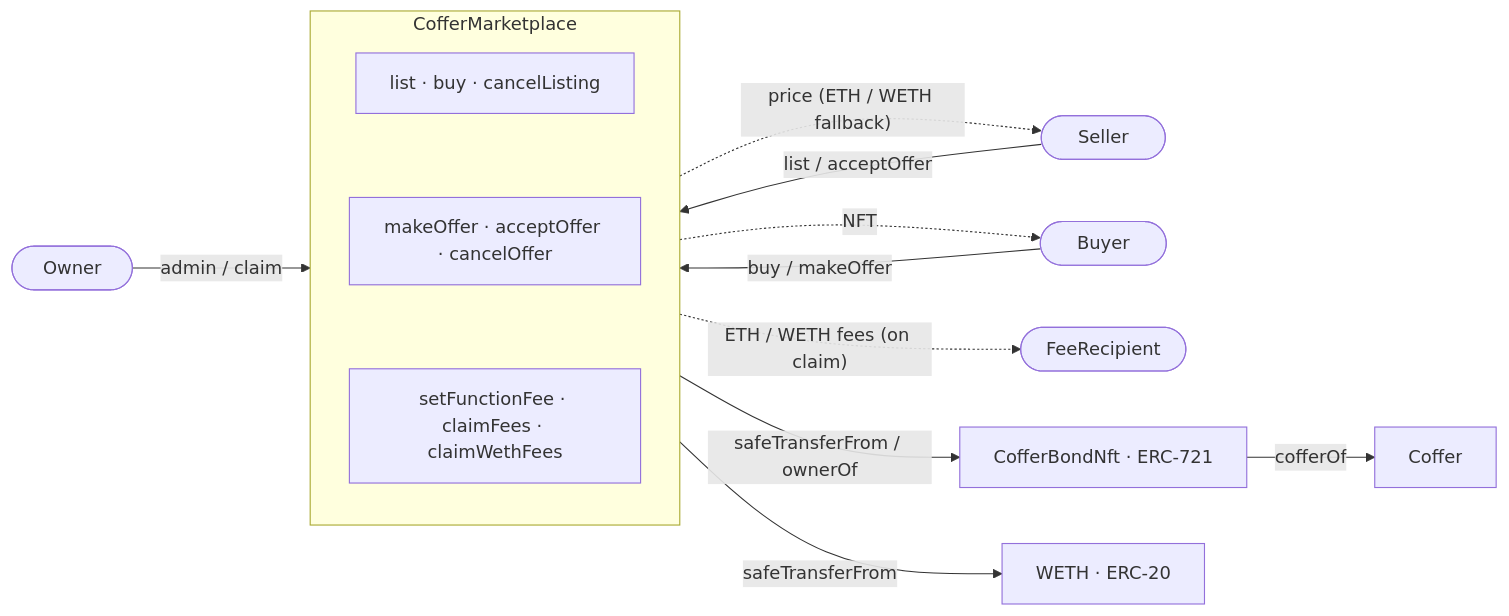
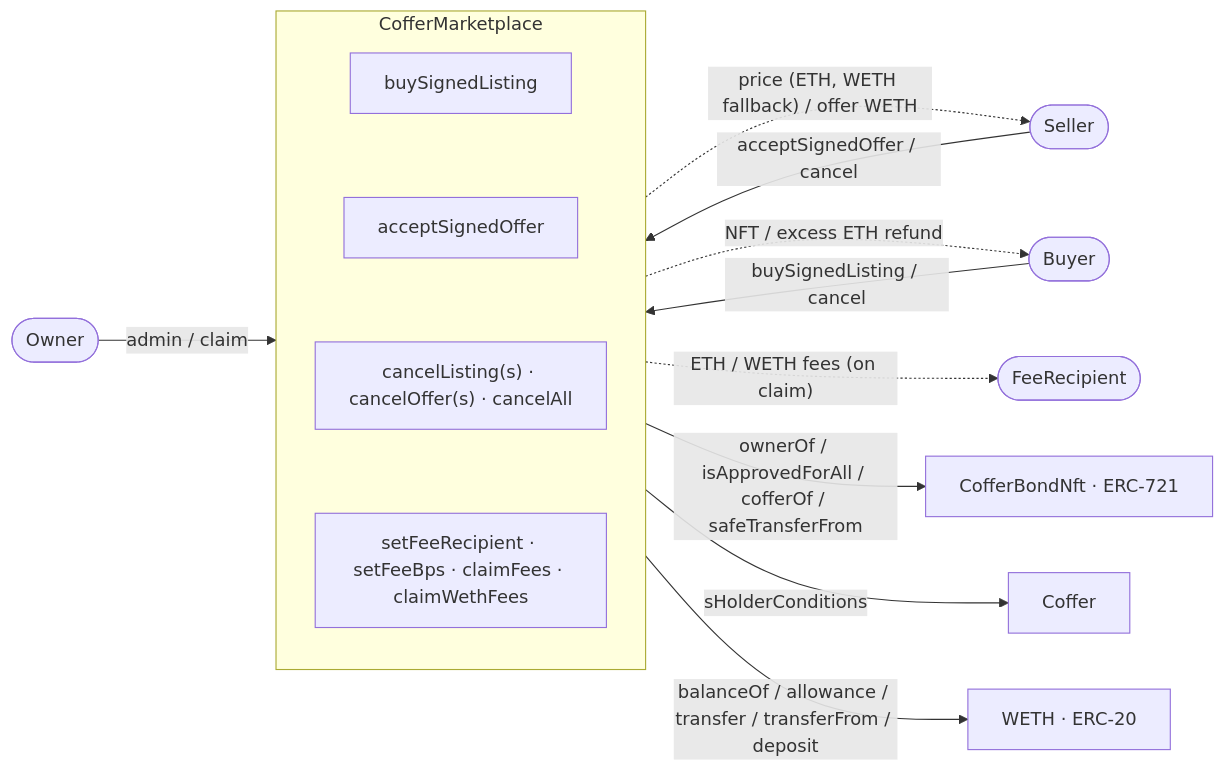
Before and after one commit to blockroad-doo/coffer-marketplace: the diagram in README.md, drawn with Mermaid. The commit also changed other lines of this file and 14 other files, not shown here.

````diff
--- a/README.md
+++ b/README.md
@@ -259,29 +287,31 @@
 ```mermaid
 flowchart LR
-    Seller(["&nbsp;&nbsp;&nbsp; Seller &nbsp;&nbsp;&nbsp;"])
-    Buyer(["&nbsp;&nbsp;&nbsp; Buyer &nbsp;&nbsp;&nbsp;"])
-    Owner(["&nbsp;&nbsp; Owner &nbsp;&nbsp;"])
-    Recipient(["&nbsp; FeeRecipient &nbsp;"])
+    Seller(["     Seller     "])
+    Buyer(["     Buyer     "])
+    Owner(["   Owner   "])
+    Recipient([" FeeRecipient "])
 
     subgraph Marketplace["CofferMarketplace"]
-        L["list · buy · cancelListing"]
+        L["buySignedListing"]
         L ~~~ O
-        O["makeOffer · acceptOffer · cancelOffer"]
-        O ~~~ A
-        A["setFunctionFee · claimFees · claimWethFees"]
+        O["acceptSignedOffer"]
+        O ~~~ C
+        C["cancelListing(s) · cancelOffer(s) · cancelAll"]
+        C ~~~ A
+        A["setFeeRecipient · setFeeBps · claimFees · claimWethFees"]
     end
 
     BondNft["CofferBondNft · ERC-721"]
     Coffer["Coffer"]
     WETH["WETH · ERC-20"]
 
-    Seller -- "list / acceptOffer" --> Marketplace
-    Buyer -- "buy / makeOffer" --> Marketplace
+    Seller -- "acceptSignedOffer / cancel" --> Marketplace
+    Buyer -- "buySignedListing / cancel" --> Marketplace
     Owner -- "admin / claim" --> Marketplace
-    Marketplace -. "price (ETH / WETH fallback)" .-> Seller
-    Marketplace -. "NFT" .-> Buyer
+    Marketplace -. "price (ETH, WETH fallback) / offer WETH" .-> Seller
+    Marketplace -. "NFT / excess ETH refund" .-> Buyer
     Marketplace -. "ETH / WETH fees (on claim)" .-> Recipient
-    Marketplace -- "safeTransferFrom / ownerOf" --> BondNft
-    BondNft -- "cofferOf" --> Coffer
-    Marketplace -- "safeTransferFrom" --> WETH
+    Marketplace -- "ownerOf / isApprovedForAll / cofferOf / safeTransferFrom" --> BondNft
+    Marketplace -- "sHolderConditions" --> Coffer
+    Marketplace -- "balanceOf / allowance / transfer / transferFrom / deposit" --> WETH
 ```
````
